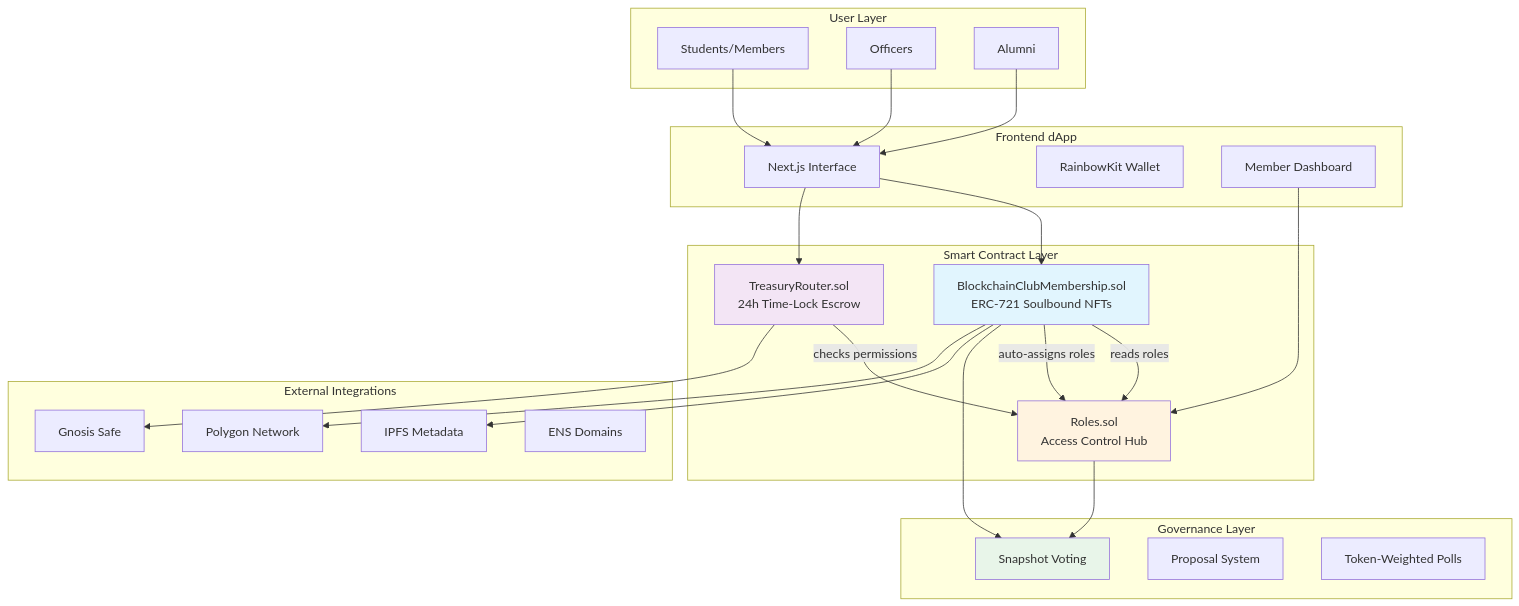
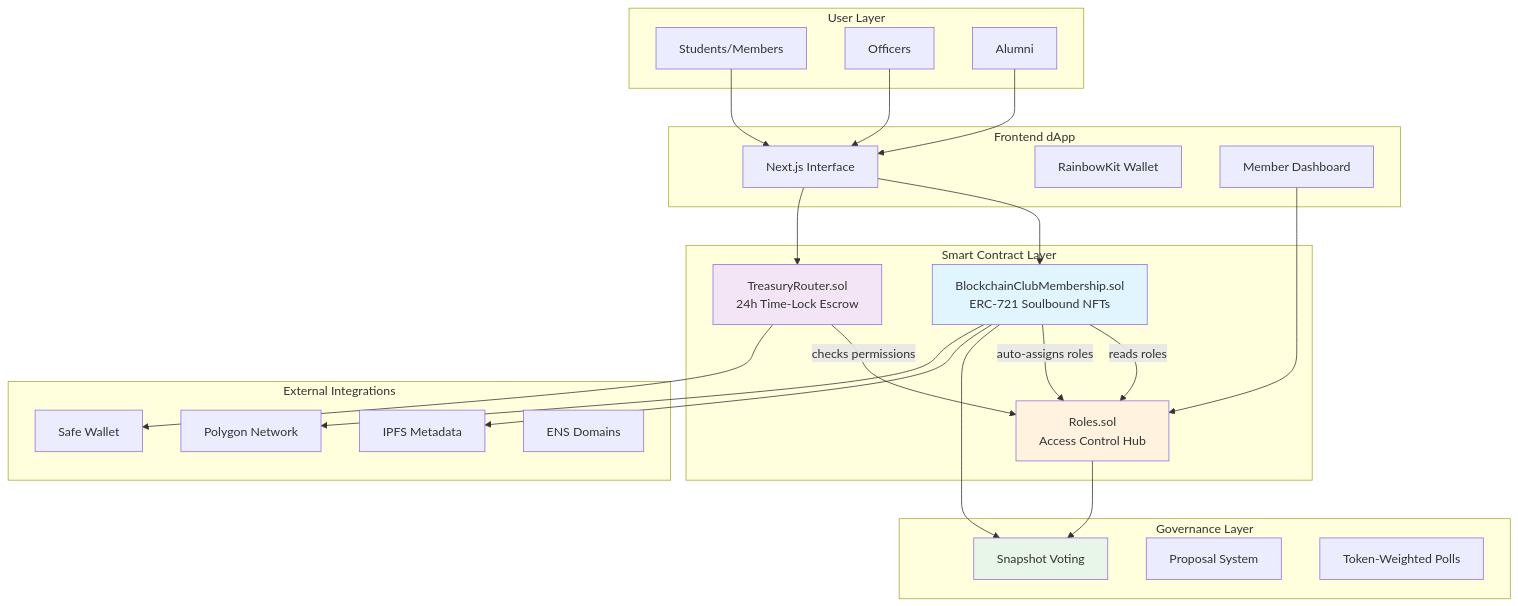
The diagram in docs/architecture/technical-specification.md (untracked-tx/blockchain-club), drawn with Mermaid before and after one commit. The commit also changed other lines of this file and 7 other files, not shown here.

````diff
--- a/docs/architecture/technical-specification.md
+++ b/docs/architecture/technical-specification.md
@@ -19,57 +19,57 @@
 ```mermaid
 graph TB
     subgraph "User Layer"
         U1[Students/Members]
         U2[Officers]
         U3[Alumni]
     end
 
     subgraph "Frontend dApp"
         W1[Next.js Interface]
         W2[RainbowKit Wallet]
         W3[Member Dashboard]
     end
 
     subgraph "Smart Contract Layer"
         SC1[BlockchainClubMembership.sol<br/>ERC-721 Soulbound NFTs]
         SC2[Roles.sol<br/>Access Control Hub]
         SC3[TreasuryRouter.sol<br/>24h Time-Lock Escrow]
         
         SC1 -->|reads roles| SC2
         SC3 -->|checks permissions| SC2
         SC1 -->|auto-assigns roles| SC2
     end
 
     subgraph "Governance Layer"
         G1[Snapshot Voting]
         G2[Proposal System]
         G3[Token-Weighted Polls]
     end
 
     subgraph "External Integrations"
         E1[Polygon Network]
         E2[IPFS Metadata]
-        E3[Gnosis Safe]
+        E3[Safe Wallet]
         E4[ENS Domains]
     end
 
     U1 --> W1
     U2 --> W1
     U3 --> W1
     
     W1 --> SC1
     W1 --> SC3
     W3 --> SC2
     
     SC1 --> G1
     SC2 --> G1
     
     SC1 --> E2
     SC3 --> E3
     SC1 --> E1
     
     style SC1 fill:#e1f5fe
     style SC2 fill:#fff3e0
     style SC3 fill:#f3e5f5
     style G1 fill:#e8f5e9
 ```
````
